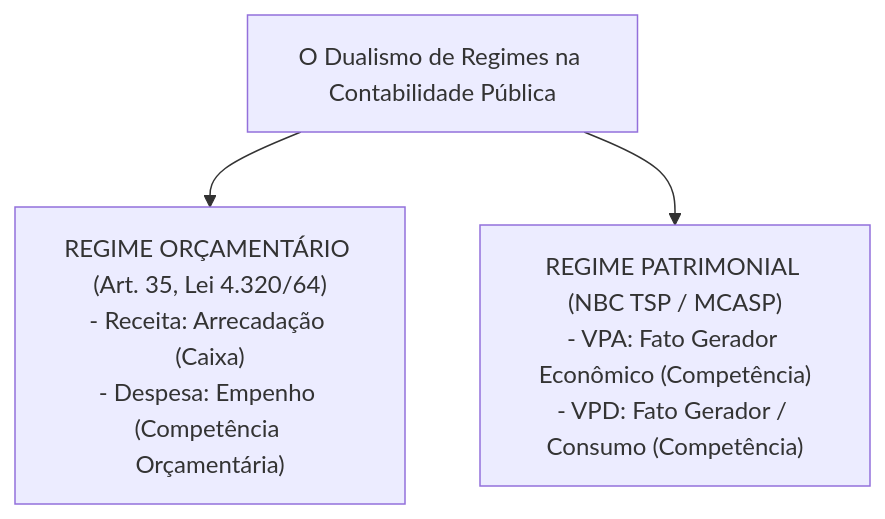
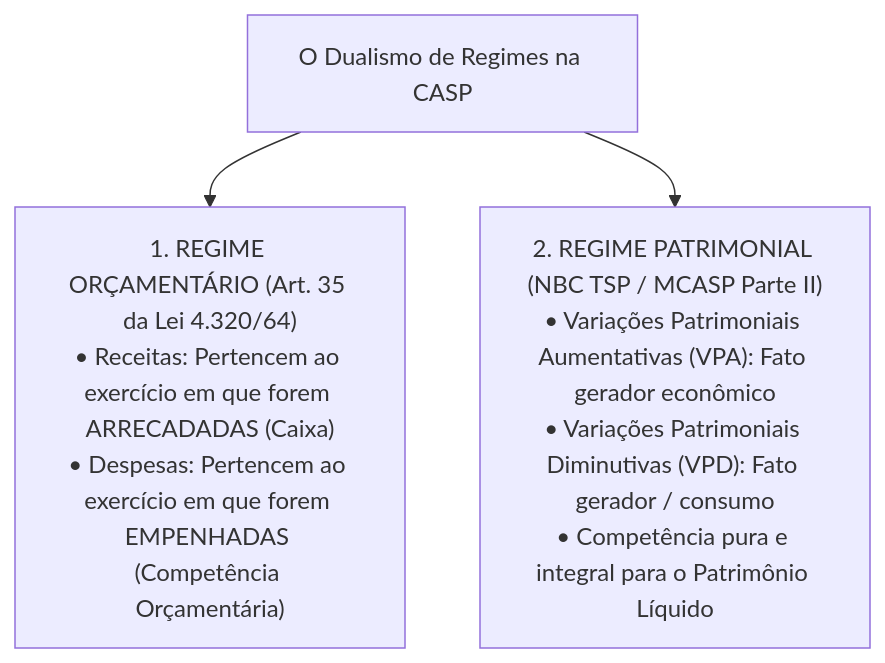
Before and after one commit to thiagosantos346/TCE-GO-2027: the first of 3 diagrams in fontes_de_estudo/conhecimentos_especificos_a01_tecnico_administrativo/20_contabilidade_aplicada_ao_setor_publico/02_mcasp_procedimentos_orcamentarios_e_patrimoniais.md, drawn with Mermaid. The commit also changed other lines of this file and 119 other files, not shown here.

````diff
--- a/fontes_de_estudo/conhecimentos_especificos_a01_tecnico_administrativo/20_contabilidade_aplicada_ao_setor_publico/02_mcasp_procedimentos_orcamentarios_e_patrimoniais.md
+++ b/fontes_de_estudo/conhecimentos_especificos_a01_tecnico_administrativo/20_contabilidade_aplicada_ao_setor_publico/02_mcasp_procedimentos_orcamentarios_e_patrimoniais.md
@@ -69,6 +54,8 @@
 ```mermaid
 flowchart TD
-    Dualismo["O Dualismo de Regimes na Contabilidade Pública"]
-    Dualismo --> RegOrc["REGIME ORÇAMENTÁRIO (Art. 35, Lei 4.320/64)<br/>- Receita: Arrecadação (Caixa)<br/>- Despesa: Empenho (Competência Orçamentária)"]
-    Dualismo --> RegPat["REGIME PATRIMONIAL (NBC TSP / MCASP)<br/>- VPA: Fato Gerador Econômico (Competência)<br/>- VPD: Fato Gerador / Consumo (Competência)"]
+    Dualismo["O Dualismo de Regimes na CASP"]
+    
+    Dualismo --> RegOrc["1. REGIME ORÇAMENTÁRIO (Art. 35 da Lei 4.320/64)<br/>• Receitas: Pertencem ao exercício em que forem ARRECADADAS (Caixa)<br/>• Despesas: Pertencem ao exercício em que forem EMPENHADAS (Competência Orçamentária)"]
+    
+    Dualismo --> RegPat["2. REGIME PATRIMONIAL (NBC TSP / MCASP Parte II)<br/>• Variações Patrimoniais Aumentativas (VPA): Fato gerador econômico<br/>• Variações Patrimoniais Diminutivas (VPD): Fato gerador / consumo<br/>• Competência pura e integral para o Patrimônio Líquido"]
 ```
````
